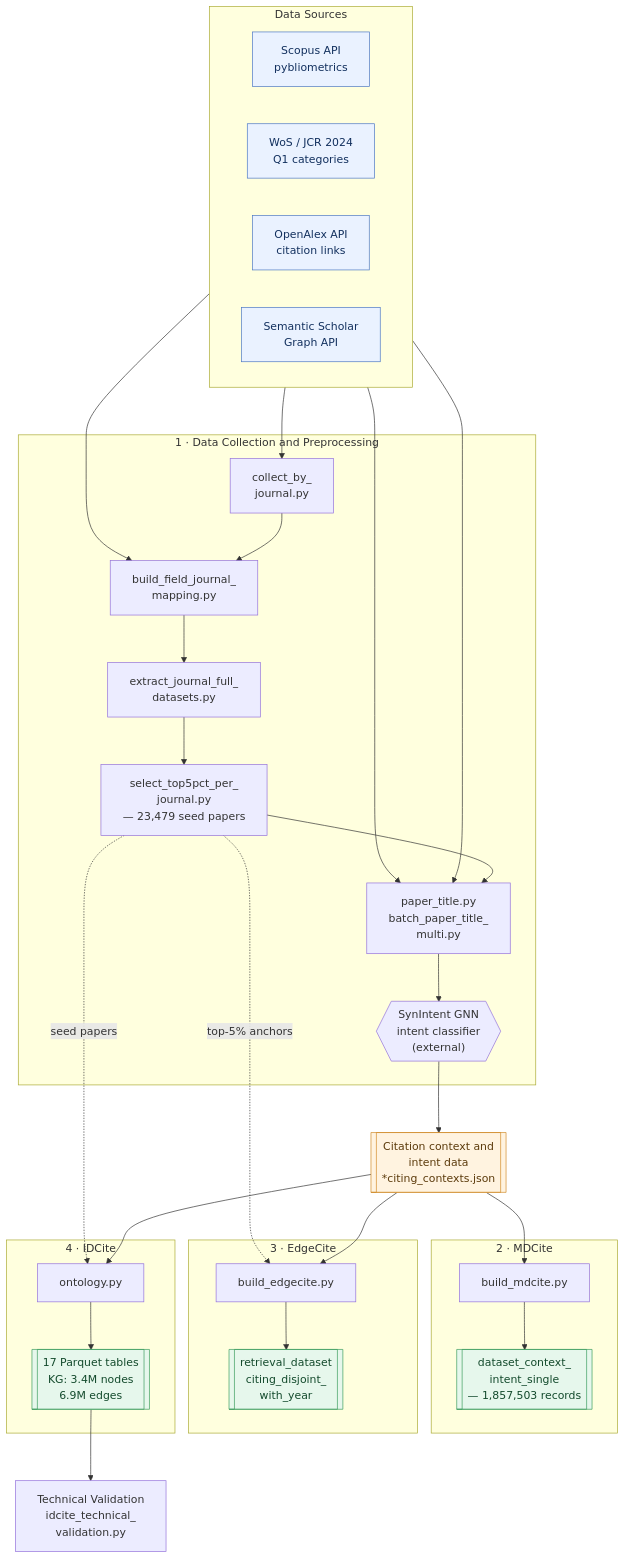
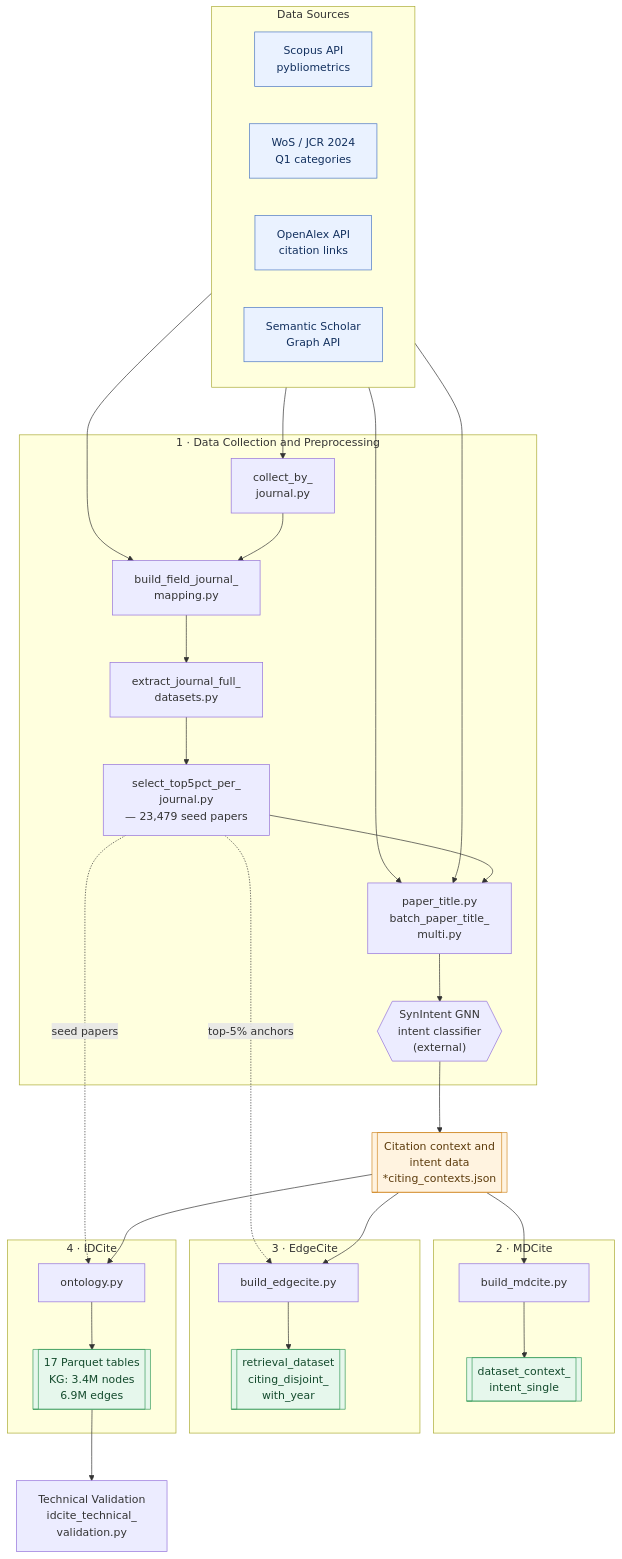
Before and after one commit to SeohyunNam/Temporal-and-Cross-Field-Robustness-of-Citation-Intent-with-Large-Language-Model: the diagram in README.md, drawn with Mermaid.

Commit message:
Update dataset context description in README
Removed record count from dataset context description.

````diff
--- a/README.md
+++ b/README.md
@@ -17,54 +17,54 @@
 ```mermaid
 %%{init: {"flowchart": {"padding": 16, "nodeSpacing": 55, "rankSpacing": 70}}}%%
 flowchart TD
     subgraph SRC["Data Sources"]
         direction LR
         S1["Scopus API<br/>pybliometrics"]
         S2["WoS / JCR 2024<br/>Q1 categories"]
         S3["OpenAlex API<br/>citation links"]
         S4["Semantic Scholar<br/>Graph API"]
     end
 
     subgraph P1["1 · Data Collection and Preprocessing"]
         A1["collect_by_<br/>journal.py"]
         A2["build_field_journal_<br/>mapping.py"]
         A3["extract_journal_full_<br/>datasets.py"]
         A4["select_top5pct_per_<br/>journal.py<br/>— 23,479 seed papers"]
         A5["paper_title.py<br/>batch_paper_title_<br/>multi.py"]
         A6{{"SynIntent GNN<br/>intent classifier<br/>(external)"}}
         A1 --> A2 --> A3 --> A4 --> A5 --> A6
     end
 
     CTX[["Citation context and<br/>intent data<br/>*citing_contexts.json"]]
     A6 --> CTX
 
     subgraph P2["2 · MDCite"]
-        B1["build_mdcite.py"] --> B2[["dataset_context_<br/>intent_single<br/>— 1,857,503 records"]]
+        B1["build_mdcite.py"] --> B2[["dataset_context_<br/>intent_single<br/>"]]
     end
     subgraph P3["3 · EdgeCite"]
         C1["build_edgecite.py"] --> C2[["retrieval_dataset<br/>citing_disjoint_<br/>with_year"]]
     end
     subgraph P4["4 · IDCite"]
         D1["ontology.py"] --> D2[["17 Parquet tables<br/>KG: 3.4M nodes<br/>6.9M edges"]]
     end
 
     VAL["Technical Validation<br/>idcite_technical_<br/>validation.py"]
 
     S1 --> A1
     S2 --> A2
     S3 --> A5
     S4 --> A5
     CTX --> B1
     CTX --> C1
     CTX --> D1
     A4 -. "top-5% anchors" .-> C1
     A4 -. "seed papers" .-> D1
     D2 --> VAL
 
     classDef src fill:#eaf2ff,stroke:#4a76c4,color:#12305e;
     classDef out fill:#e6f7ec,stroke:#3a9d5d,color:#134a2c;
     classDef ctx fill:#fff3e0,stroke:#d18b28,color:#5c3b0c;
     class S1,S2,S3,S4 src;
     class B2,C2,D2 out;
     class CTX ctx;
 ```
````
